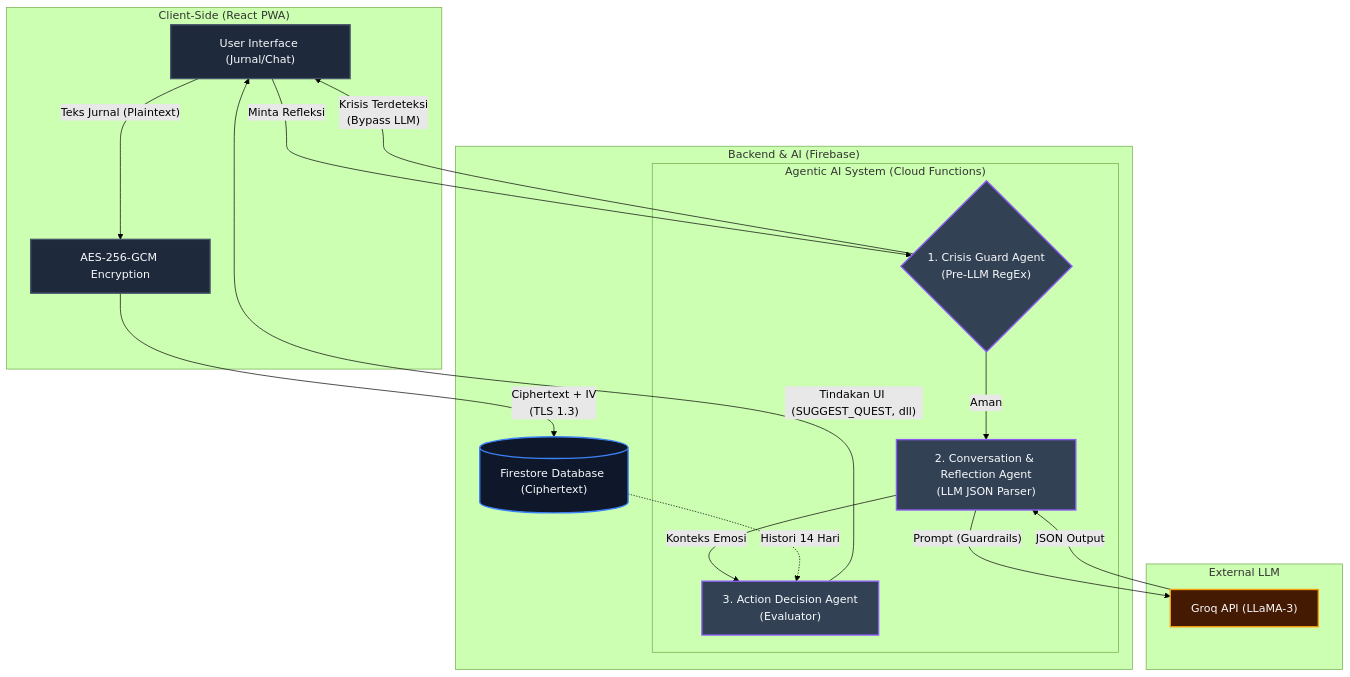
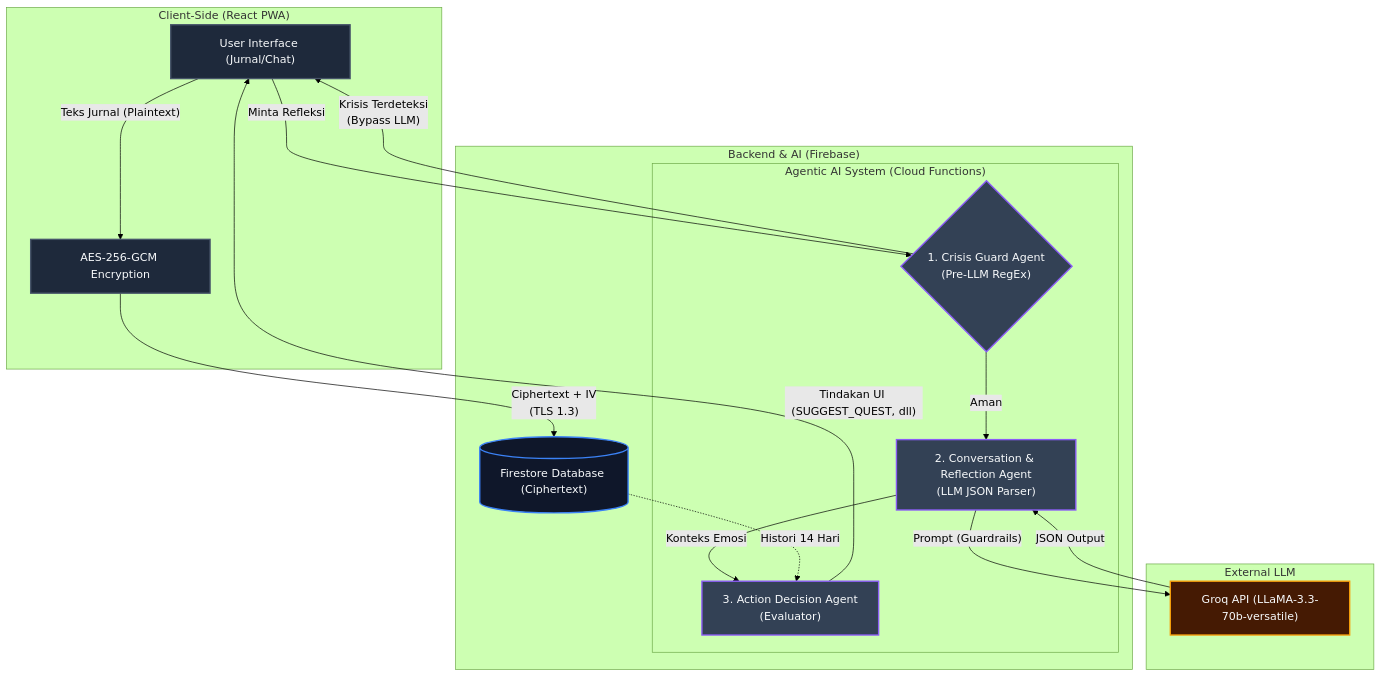
The diagram in README.md (niputuaishwara/MindquestAI), drawn with Mermaid (forest theme) before and after one commit. The commit also changed other lines of this file, not shown here.

````diff
--- a/README.md
+++ b/README.md
@@ -125,41 +126,41 @@
 ```mermaid
 graph TD
     classDef client fill:#1e293b,stroke:#475569,stroke-width:2px,color:#f8fafc;
     classDef server fill:#0f172a,stroke:#3b82f6,stroke-width:2px,color:#f8fafc;
     classDef agent fill:#334155,stroke:#8b5cf6,stroke-width:2px,color:#f8fafc;
     classDef ext fill:#451a03,stroke:#f59e0b,stroke-width:2px,color:#f8fafc;
 
     subgraph Client ["Client-Side (React PWA)"]
         UI["User Interface (Jurnal/Chat)"]:::client
         Crypto["AES-256-GCM Encryption"]:::client
     end
 
     subgraph Backend ["Backend & AI (Firebase)"]
         DB[("Firestore Database (Ciphertext)")]:::server
         
         subgraph MAS ["Agentic AI System (Cloud Functions)"]
             Guard{"1. Crisis Guard Agent\n(Pre-LLM RegEx)"}:::agent
             Conv["2. Conversation & Reflection Agent\n(LLM JSON Parser)"]:::agent
             Action["3. Action Decision Agent\n(Evaluator)"]:::agent
         end
     end
 
     subgraph External ["External LLM"]
-        LLM["Groq API (LLaMA-3)"]:::ext
+        LLM["Groq API (LLaMA-3.3-70b-versatile)"]:::ext
     end
 
     %% Data Flow
     UI -- "Teks Jurnal (Plaintext)" --> Crypto
     Crypto -- "Ciphertext + IV\n(TLS 1.3)" --> DB
     
     UI -- "Minta Refleksi" --> Guard
     Guard -- "Krisis Terdeteksi\n(Bypass LLM)" --> UI
     Guard -- "Aman" --> Conv
     
     Conv -- "Prompt (Guardrails)" --> LLM
     LLM -- "JSON Output" --> Conv
     
     Conv -- "Konteks Emosi" --> Action
     DB -. "Histori 14 Hari" .-> Action
     Action -- "Tindakan UI (SUGGEST_QUEST, dll)" --> UI
 ```
````
